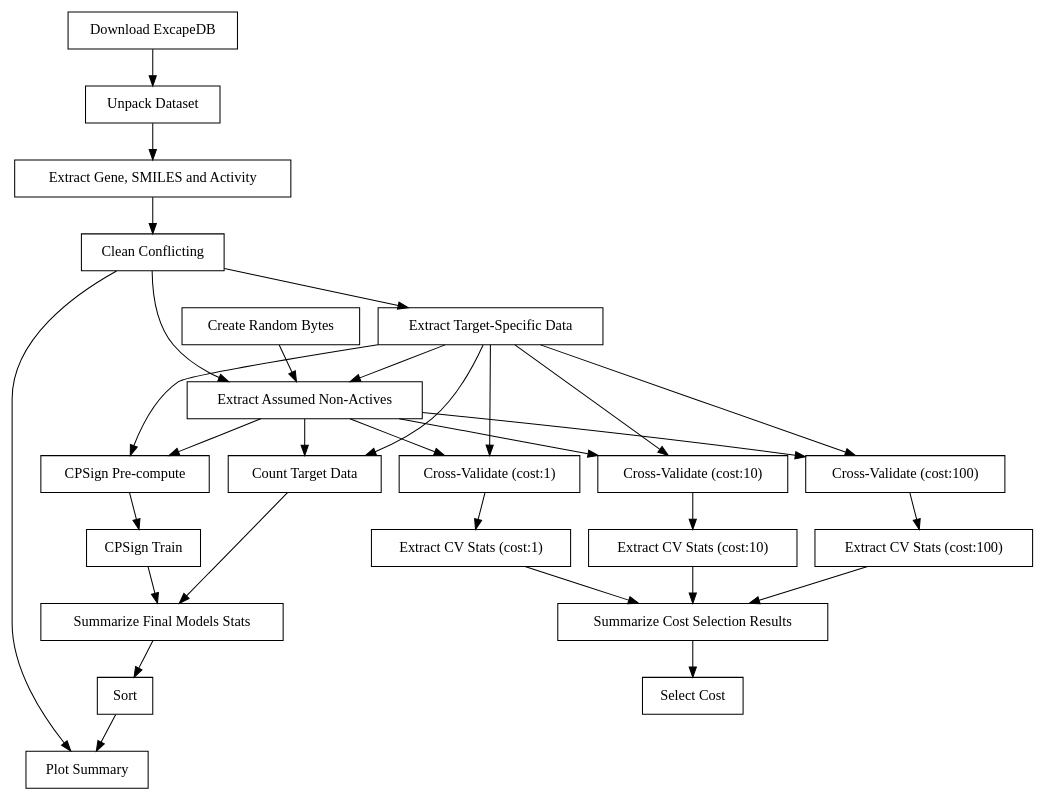
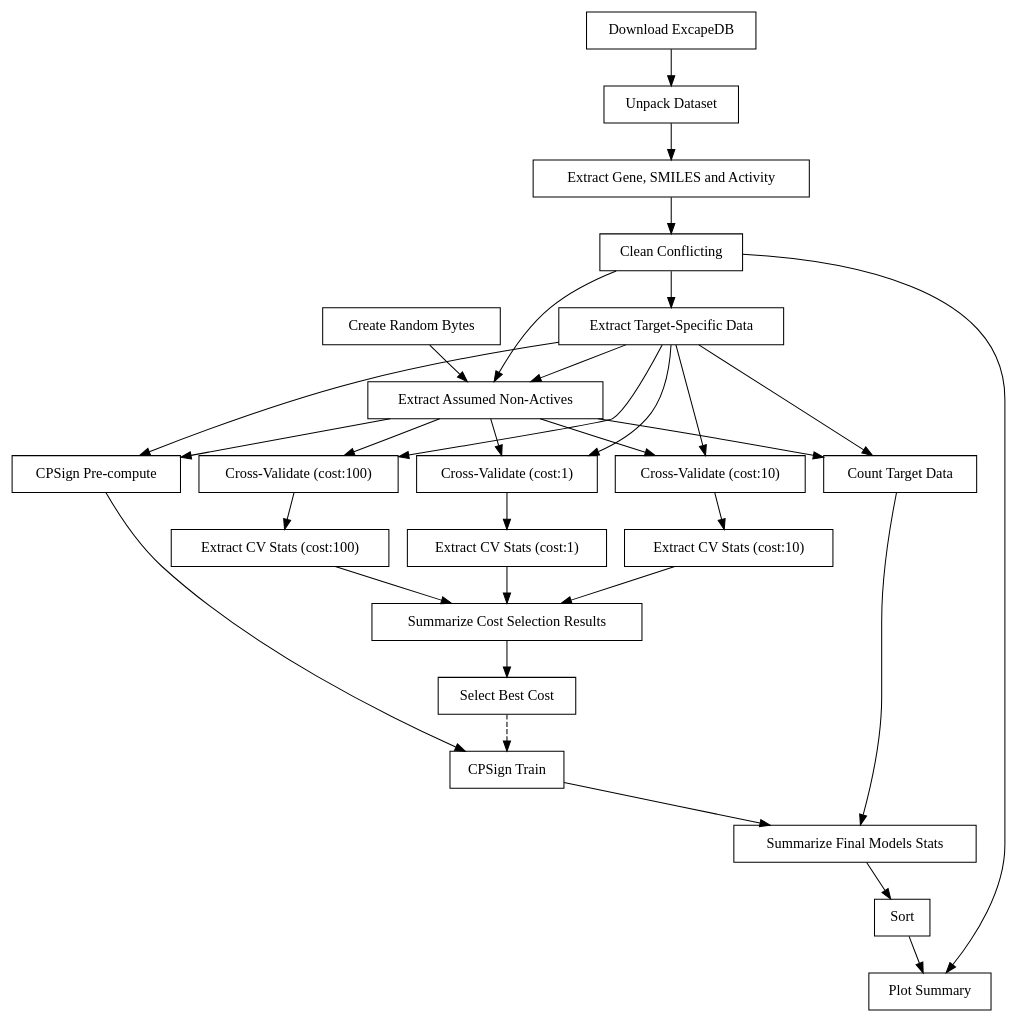
Before and after one commit to pharmbio/ptp-project: the diagram in manuscript_disp/figures/workflow_graph_clean.dot, drawn with Graphviz. The commit also changed 2 other files, not shown here.

Commit message:
Include parameter connection (so selected cost is passed on) in wf plot

```diff
--- a/manuscript_disp/figures/workflow_graph_clean.dot
+++ b/manuscript_disp/figures/workflow_graph_clean.dot
@@ -1,53 +1,54 @@
 digraph train_models {
   "Extract Assumed Non-Actives"[shape=box];
   "CPSign Pre-compute"[shape=box];
   "Cross-Validate (cost:1)"[shape=box];
   "Cross-Validate (cost:10)"[shape=box];
   "Cross-Validate (cost:100)"[shape=box];
   "Extract CV Stats (cost:100)"[shape=box];
   "Extract CV Stats (cost:1)"[shape=box];
   "Extract CV Stats (cost:10)"[shape=box];
   "Create Random Bytes"[shape=box];
   "Summarize Cost Selection Results"[shape=box];
   "Summarize Final Models Stats"[shape=box];
-  "Select Cost"[shape=box];
   "Extract Target-Specific Data"[shape=box];
   "Count Target Data"[shape=box];
   "Plot Summary"[shape=box];
   "Unpack Dataset"[shape=box];
   "Clean Conflicting"[shape=box];
   "Extract Gene, SMILES and Activity"[shape=box];
+  "Select Best Cost"[shape=box];
   "CPSign Train"[shape=box];
   "Sort"[shape=box];
   "Download ExcapeDB"[shape=box];
   "Extract Assumed Non-Actives" -> "Count Target Data";
   "Extract Assumed Non-Actives" -> "CPSign Pre-compute";
   "Extract Assumed Non-Actives" -> "Cross-Validate (cost:1)";
   "Extract Assumed Non-Actives" -> "Cross-Validate (cost:10)";
   "Extract Assumed Non-Actives" -> "Cross-Validate (cost:100)";
   "CPSign Pre-compute" -> "CPSign Train";
   "Extract CV Stats (cost:1)" -> "Summarize Cost Selection Results";
   "Extract CV Stats (cost:100)" -> "Summarize Cost Selection Results";
   "Extract CV Stats (cost:10)" -> "Summarize Cost Selection Results";
   "Cross-Validate (cost:1)" -> "Extract CV Stats (cost:1)";
   "Cross-Validate (cost:100)" -> "Extract CV Stats (cost:100)";
   "Cross-Validate (cost:10)" -> "Extract CV Stats (cost:10)" ;
   "Count Target Data" -> "Summarize Final Models Stats";
   "Create Random Bytes" -> "Extract Assumed Non-Actives";
-  "Summarize Cost Selection Results" -> "Select Cost";
+  "Summarize Cost Selection Results" -> "Select Best Cost";
   "Summarize Final Models Stats" -> "Sort";
   "Extract Target-Specific Data" -> "Cross-Validate (cost:1)";
   "Extract Target-Specific Data" -> "Cross-Validate (cost:10)";
   "Extract Target-Specific Data" -> "Cross-Validate (cost:100)";
   "Extract Target-Specific Data" -> "Count Target Data";
   "Extract Target-Specific Data" -> "Extract Assumed Non-Actives";
   "Extract Target-Specific Data" -> "CPSign Pre-compute";
   "Unpack Dataset" -> "Extract Gene, SMILES and Activity";
   "Clean Conflicting" -> "Plot Summary";
   "Clean Conflicting" -> "Extract Target-Specific Data";
   "Clean Conflicting" -> "Extract Assumed Non-Actives";
   "Extract Gene, SMILES and Activity" -> "Clean Conflicting";
+  "Select Best Cost" -> "CPSign Train" [style="dashed"];
   "CPSign Train" -> "Summarize Final Models Stats";
   "Sort" -> "Plot Summary";
   "Download ExcapeDB" -> "Unpack Dataset";
 }
```
